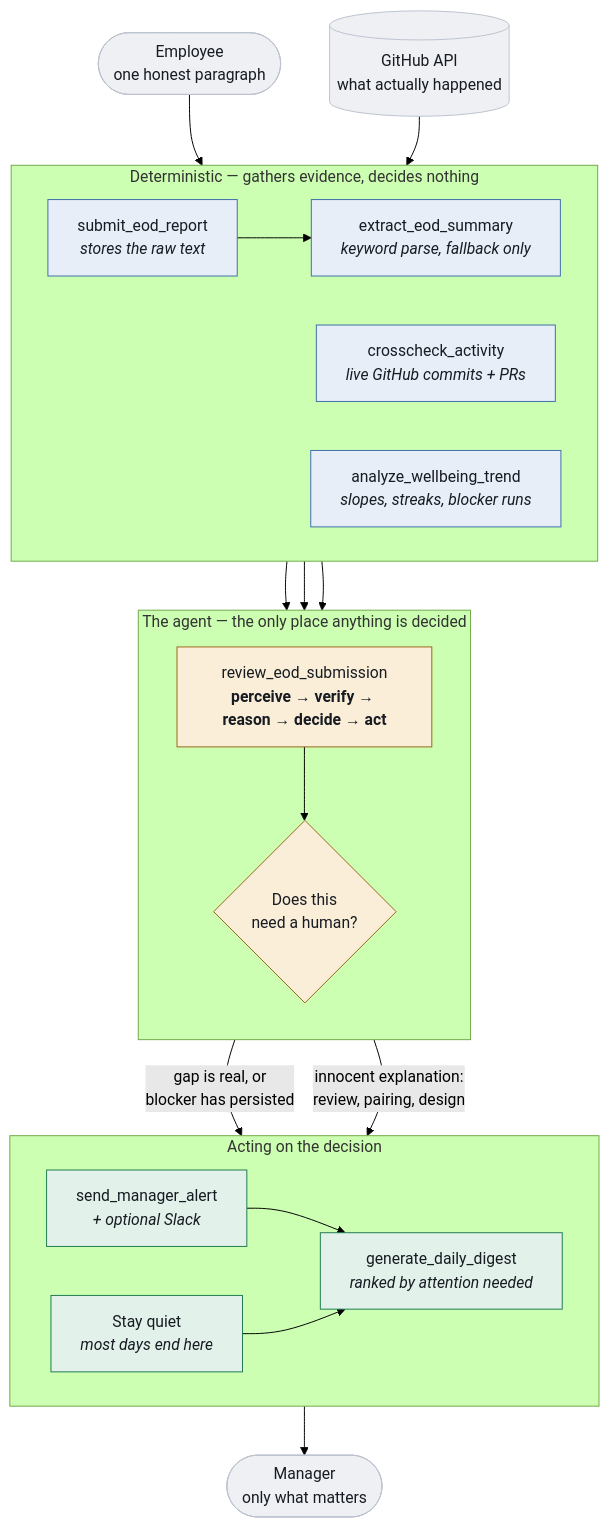
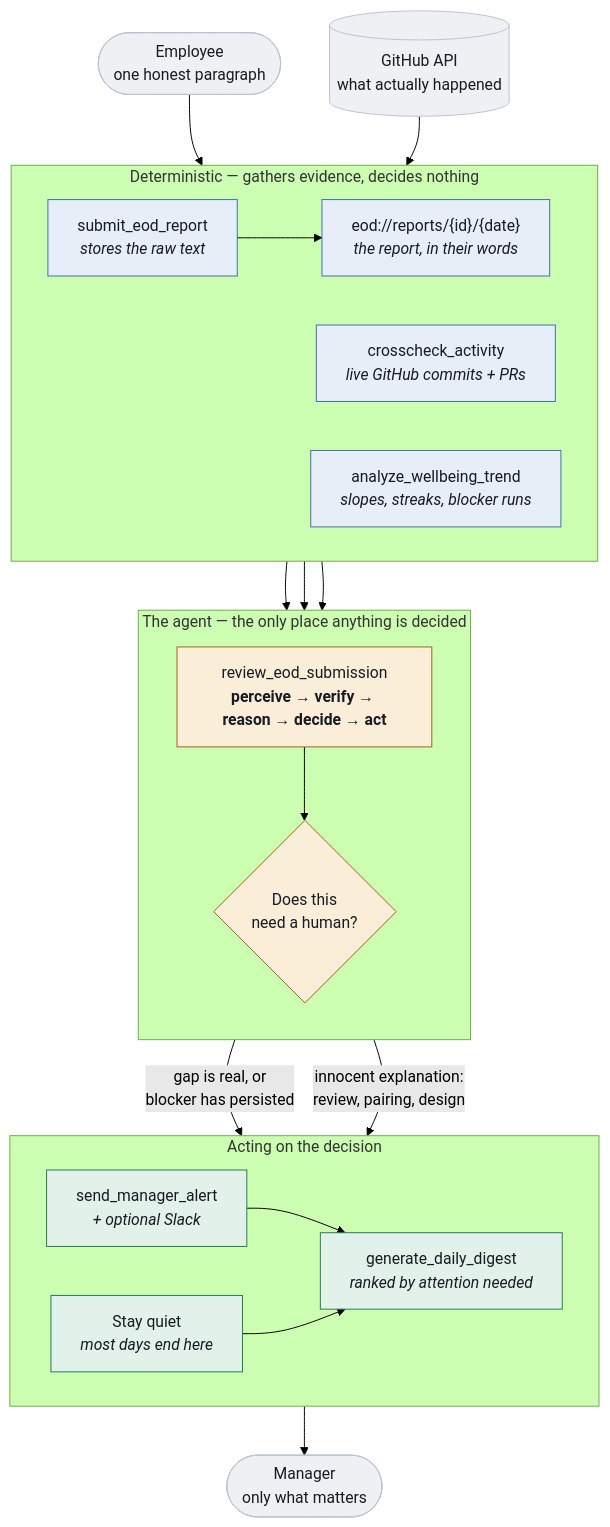
The diagram in README.md (Vimaladharsan/GroundTruth-NitroStack), drawn with Mermaid (forest theme) before and after one commit. The commit also changed other lines of this file and 5 other files, not shown here.

````diff
--- a/README.md
+++ b/README.md
@@ -49,44 +49,44 @@
 ```mermaid
 flowchart TB
     subgraph evidence["Deterministic — gathers evidence, decides nothing"]
         direction LR
         submit["submit_eod_report<br/><i>stores the raw text</i>"]
-        extract["extract_eod_summary<br/><i>keyword parse, fallback only</i>"]
+        report["eod://reports/{id}/{date}<br/><i>the report, in their words</i>"]
         cross["crosscheck_activity<br/><i>live GitHub commits + PRs</i>"]
         trend["analyze_wellbeing_trend<br/><i>slopes, streaks, blocker runs</i>"]
     end
 
     subgraph judgement["The agent — the only place anything is decided"]
         direction TB
         agentLoop["review_eod_submission<br/><b>perceive → verify → reason → decide → act</b>"]
         decide{"Does this<br/>need a human?"}
     end
 
     subgraph act["Acting on the decision"]
         direction LR
         alert["send_manager_alert<br/><i>+ optional Slack</i>"]
         digest["generate_daily_digest<br/><i>ranked by attention needed</i>"]
         quiet["Stay quiet<br/><i>most days end here</i>"]
     end
 
     emp(["Employee<br/>one honest paragraph"]) --> submit
     gh[("GitHub API<br/>what actually happened")] --> cross
-    submit --> extract --> agentLoop
+    submit --> report --> agentLoop
     cross --> agentLoop
     trend --> agentLoop
     agentLoop --> decide
     decide -->|"gap is real, or<br/>blocker has persisted"| alert
     decide -->|"innocent explanation:<br/>review, pairing, design"| quiet
     alert --> digest
     quiet --> digest
     digest --> mgr(["Manager<br/>only what matters"])
 
     classDef det fill:#e7eef7,stroke:#3d6ea8,color:#171b22
     classDef agent fill:#faeed9,stroke:#9a6516,color:#171b22
     classDef out fill:#e2f2ea,stroke:#1f7a52,color:#171b22
     classDef ext fill:#eef0f4,stroke:#bcc3cf,color:#171b22
-    class submit,extract,cross,trend det
+    class submit,report,cross,trend det
     class agentLoop,decide agent
     class alert,digest,quiet out
     class emp,gh,mgr ext
 ```
````
